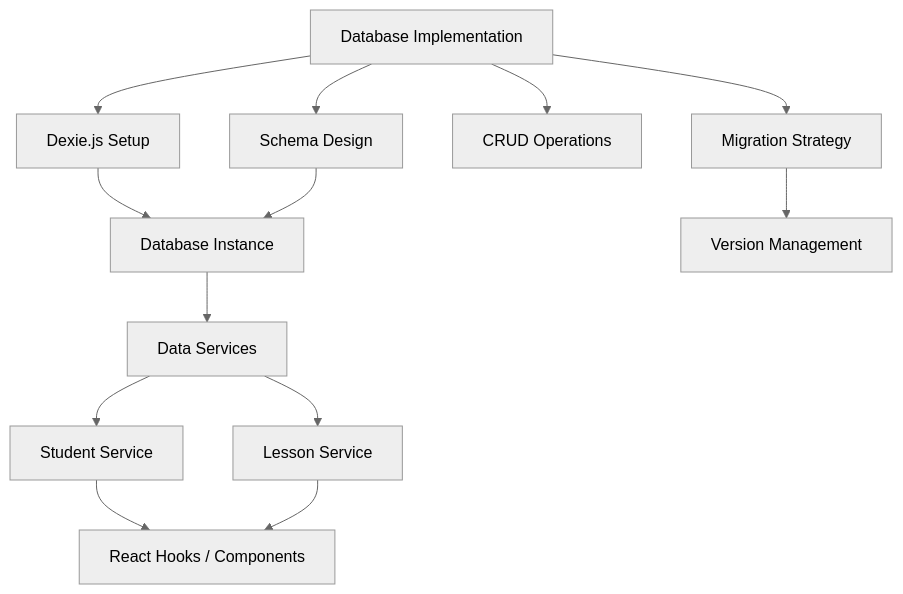
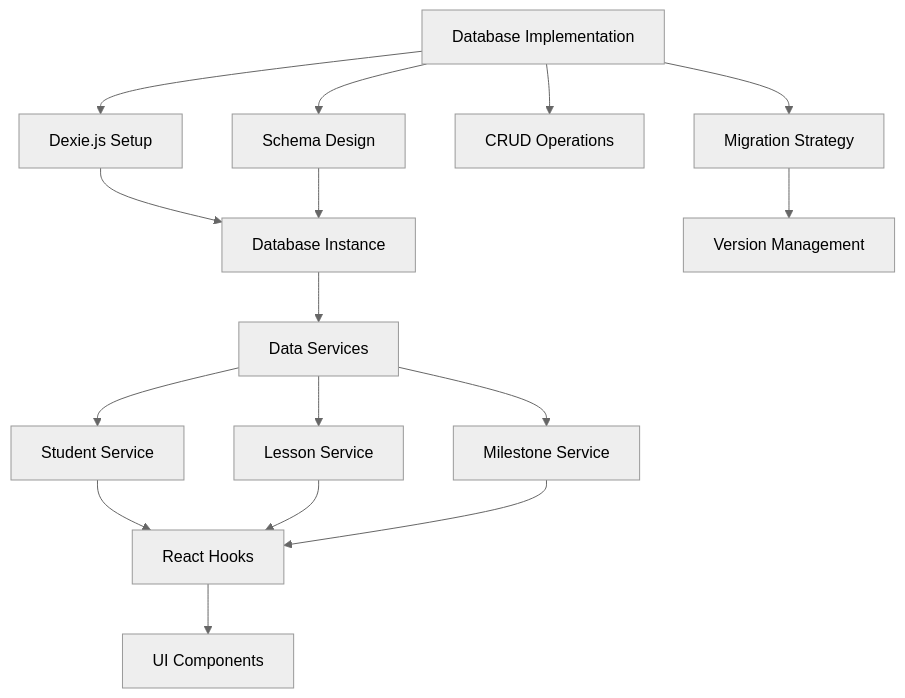
Before and after one commit to tonihintikka/opetuslupa_apu: the first of 2 diagrams in docs/stories/Epic-1-Story-2.md, drawn with Mermaid (neutral theme). The commit also changed other lines of this file and 2 other files, not shown here.

````diff
--- a/docs/stories/Epic-1-Story-2.md
+++ b/docs/stories/Epic-1-Story-2.md
@@ -119,19 +146,23 @@
 ```mermaid
 graph TD
     A[Database Implementation] --> B[Dexie.js Setup]
     A --> C[Schema Design]
     A --> D[CRUD Operations]
     A --> E[Migration Strategy]
     
     B --> F[Database Instance]
     C --> F
     
     F --> G[Data Services]
     G --> H[Student Service]
     G --> I[Lesson Service]
+    G --> J[Milestone Service]
     
-    H --> J[React Hooks / Components]
-    I --> J
+    H --> K[React Hooks]
+    I --> K
+    J --> K
     
-    E --> K[Version Management]
+    K --> L[UI Components]
+    
+    E --> M[Version Management]
 ```
````
